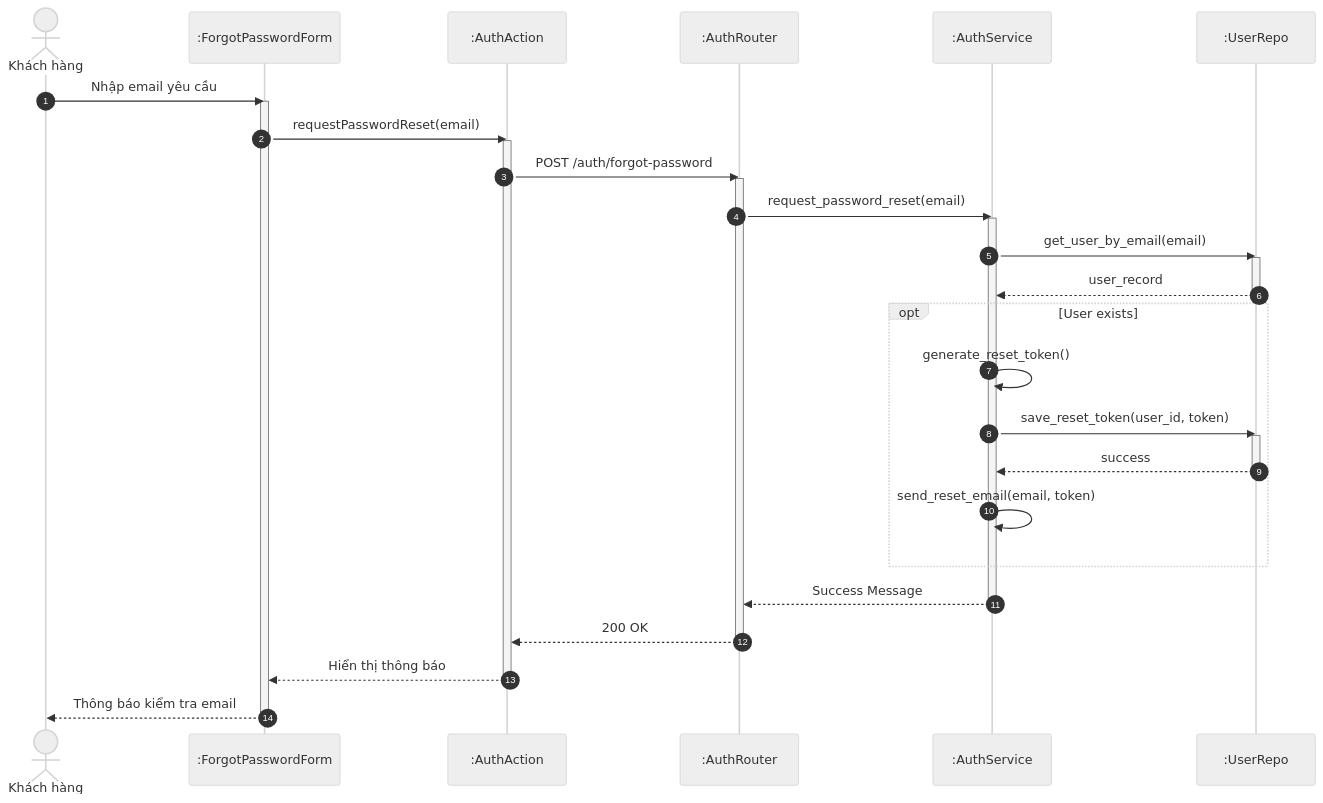
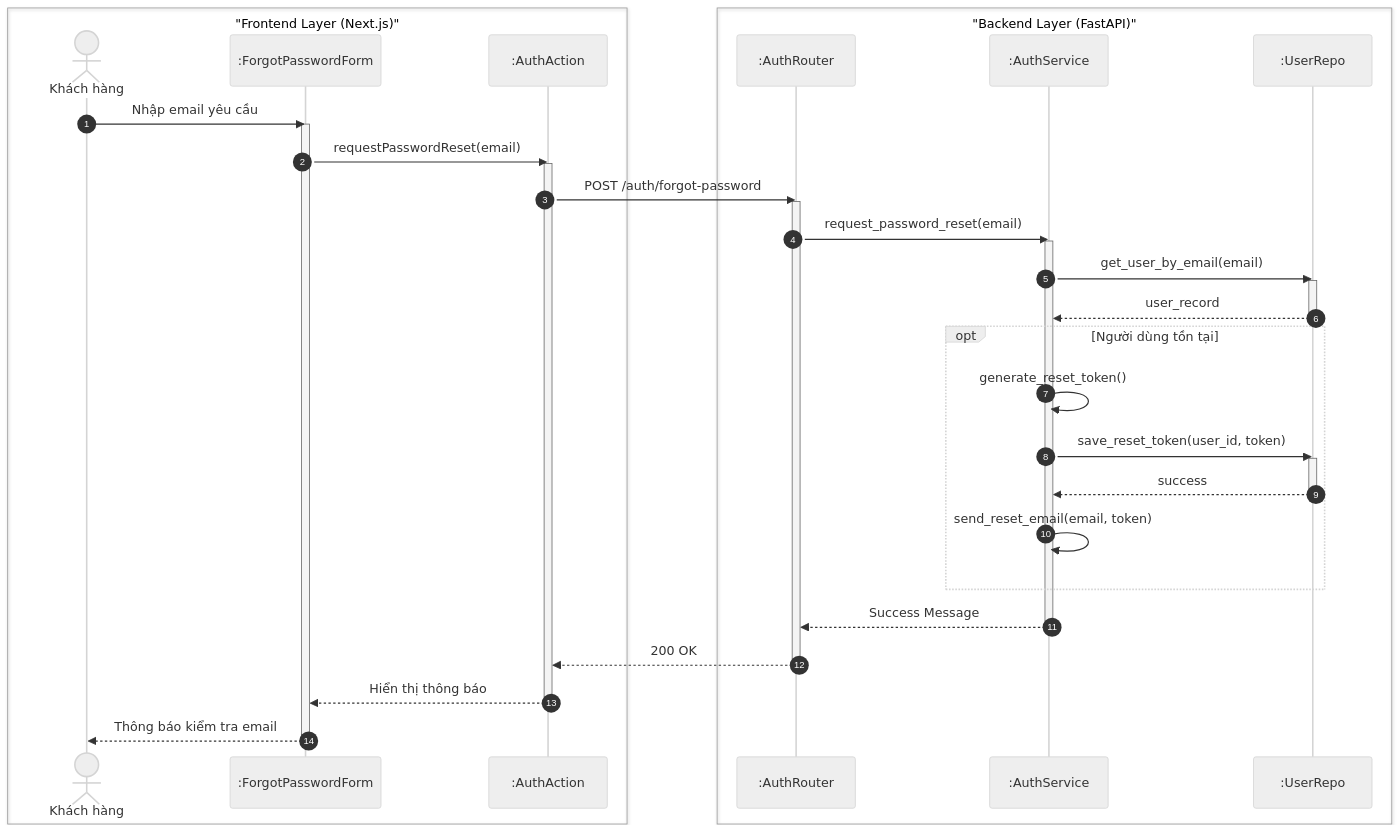
Before and after one commit to ngoctinn/Synapse: the fourth of 8 diagrams in docs/design/sequences/authentication.md, drawn with Mermaid (neutral theme). The commit also changed other lines of this file and 4 other files, not shown here.

Commit message:
docs: Add initial sequence diagrams for authentication, customer, technician, receptionist, and admin flows.

````diff
--- a/docs/design/sequences/authentication.md
+++ b/docs/design/sequences/authentication.md
@@ -178,47 +193,52 @@
 ```mermaid
 sequenceDiagram
     autonumber
-    actor KH as Khách hàng
-    participant UI as :ForgotPasswordForm
-    participant BFF as :AuthAction
-    participant API as :AuthRouter
-    participant S as :AuthService
-    participant DB as :UserRepo
+    box "Frontend Layer (Next.js)"
+        actor KH as Khách hàng
+        participant UI as :ForgotPasswordForm
+        participant BFF as :AuthAction
+    end
+
+    box "Backend Layer (FastAPI)"
+        participant API as :AuthRouter
+        participant S as :AuthService
+        participant DB as :UserRepo
+    end
 
     KH->>UI: Nhập email yêu cầu
     activate UI
     UI->>BFF: requestPasswordReset(email)
     activate BFF
 
     BFF->>API: POST /auth/forgot-password
     activate API
 
     API->>S: request_password_reset(email)
     activate S
 
     S->>DB: get_user_by_email(email)
     activate DB
     DB-->>S: user_record
     deactivate DB
 
-    opt User exists
+    opt Người dùng tồn tại
         S->>S: generate_reset_token()
         S->>DB: save_reset_token(user_id, token)
         activate DB
         DB-->>S: success
         deactivate DB
         S->>S: send_reset_email(email, token)
     end
 
     S-->>API: Success Message
     deactivate S
 
     API-->>BFF: 200 OK
     deactivate API
 
     BFF-->>UI: Hiển thị thông báo
     deactivate BFF
 
     UI-->>KH: Thông báo kiểm tra email
     deactivate UI
 ```
````
